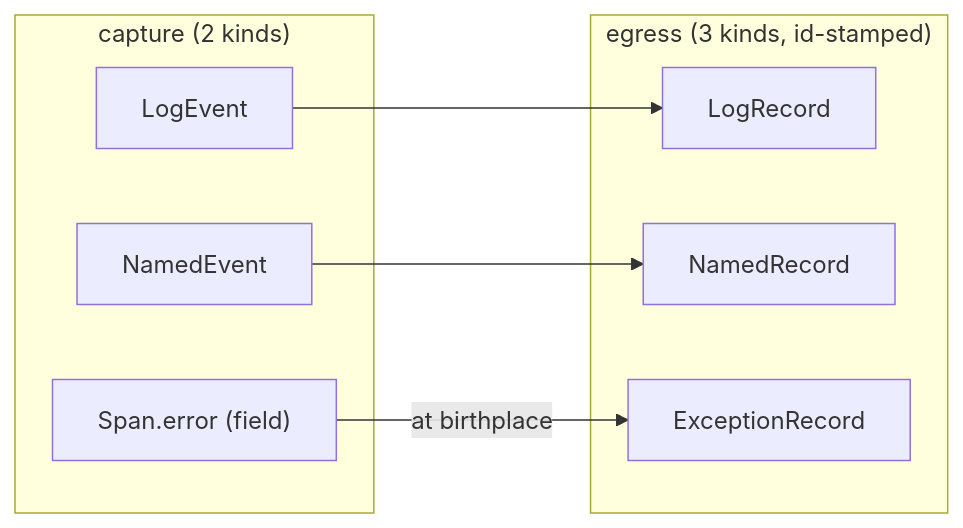
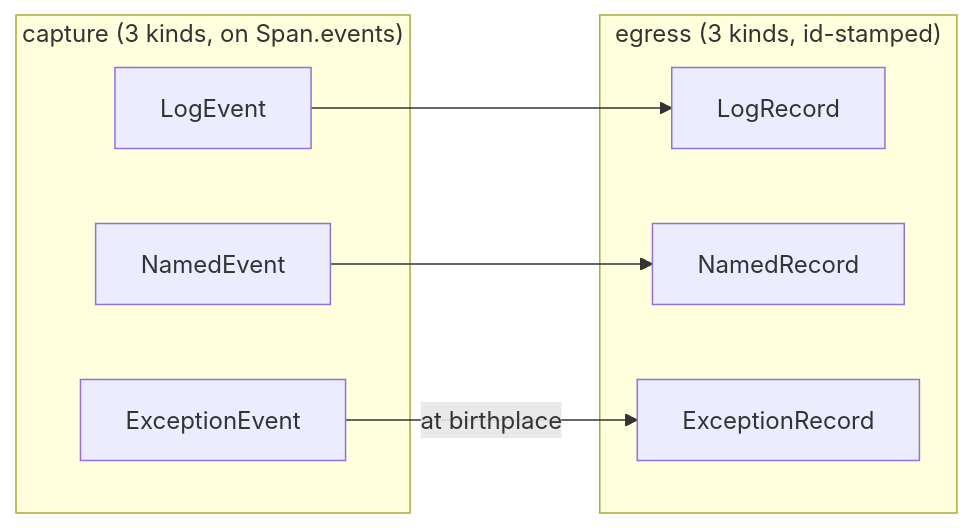
The second of 3 diagrams in ARCHITECTURE.md (Kotrace/kotrace), drawn with Mermaid before and after one commit. The commit also changed other lines of this file and 2 other files, not shown here.

First line of the commit message:
docs: refresh ARCHITECTURE/README and DECISIONS index for ADR-013/014/015

````diff
--- a/ARCHITECTURE.md
+++ b/ARCHITECTURE.md
@@ -172,16 +174,16 @@
 ```mermaid
 flowchart LR
-  subgraph cap["capture (2 kinds)"]
+  subgraph cap["capture (3 kinds, on Span.events)"]
     LE["LogEvent"]
     NE["NamedEvent"]
-    EF["Span.error (field)"]
+    XE["ExceptionEvent"]
   end
   subgraph eg["egress (3 kinds, id-stamped)"]
     LR["LogRecord"]
     NR["NamedRecord"]
     XR["ExceptionRecord"]
   end
   LE --> LR
   NE --> NR
-  EF -->|at birthplace| XR
+  XE -->|at birthplace| XR
 ```
````
